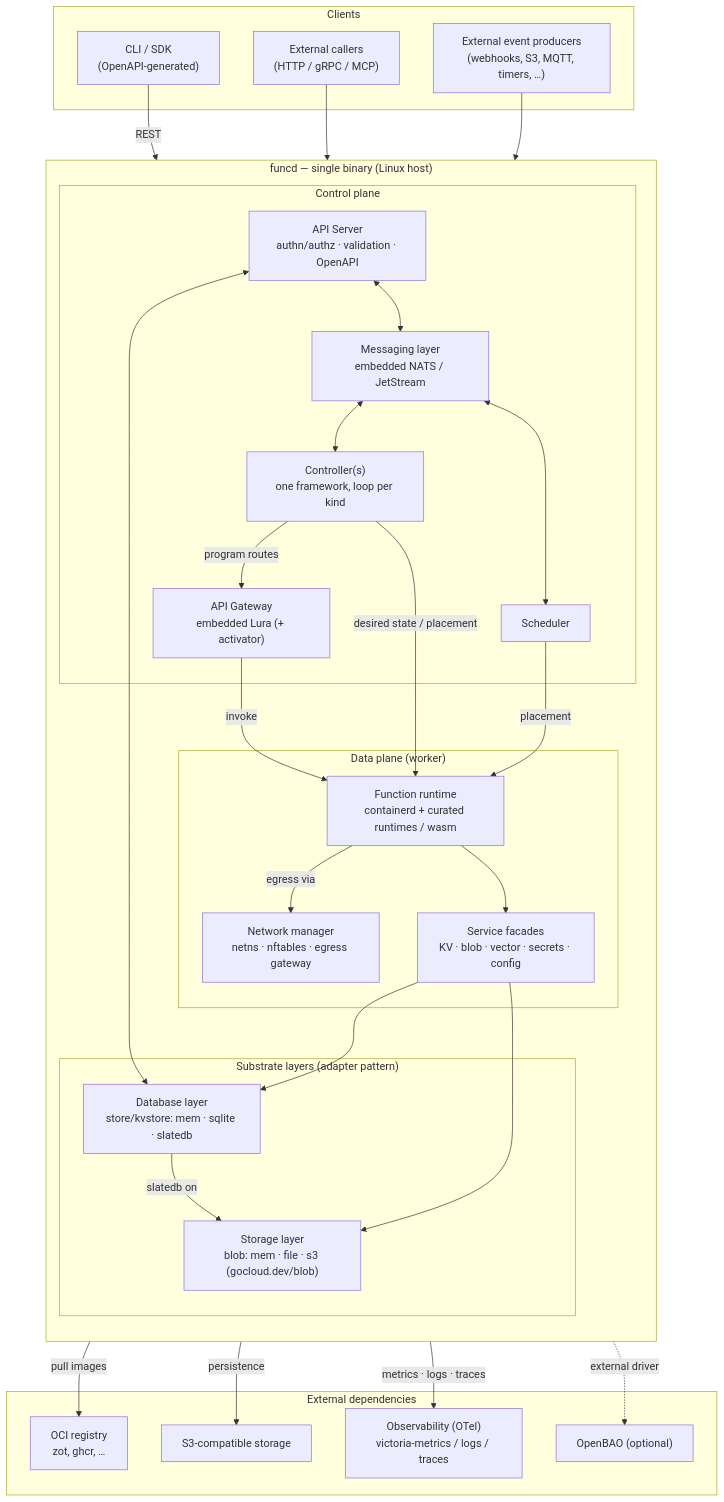
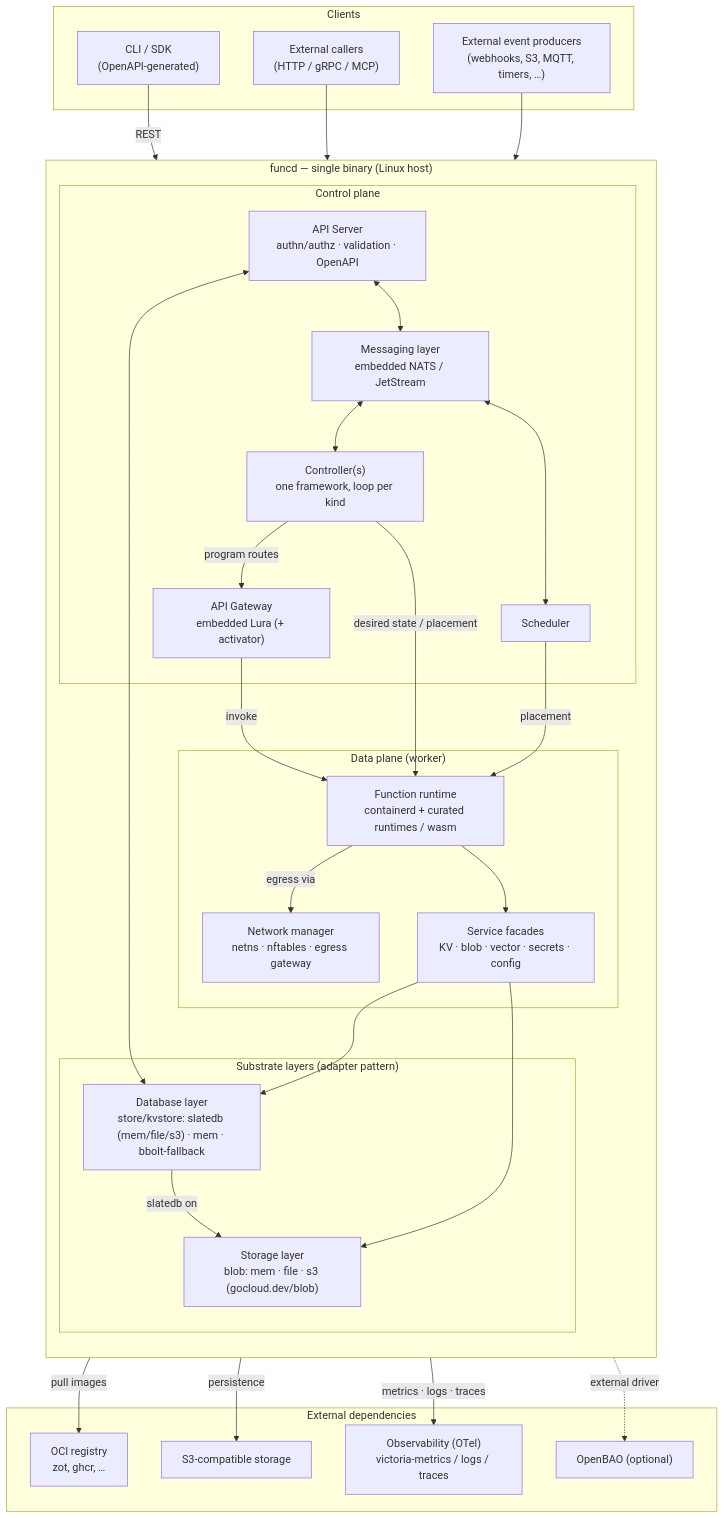
Before and after one commit to pyvvo/funcd: the sixth of 8 diagrams in blueprint.md, drawn with Mermaid. The commit also changed other lines of this file and 3 other files, not shown here.

Commit message:
feat: add ADR-0006 for store/database-layer port with slatedb integration

````diff
--- a/blueprint.md
+++ b/blueprint.md
@@ -512,56 +513,56 @@
 ```mermaid
 flowchart TB
     subgraph Clients["Clients"]
         CLI["CLI / SDK<br/>(OpenAPI-generated)"]
         Callers["External callers<br/>(HTTP / gRPC / MCP)"]
         Producers["External event producers<br/>(webhooks, S3, MQTT, timers, …)"]
     end
 
     subgraph Binary["funcd — single binary (Linux host)"]
         direction TB
         subgraph CP["Control plane"]
             API["API Server<br/>authn/authz · validation · OpenAPI"]
             Ctrl["Controller(s)<br/>one framework, loop per kind"]
             Sched["Scheduler"]
             GW["API Gateway<br/>embedded Lura (+ activator)"]
             Bus["Messaging layer<br/>embedded NATS / JetStream"]
         end
         subgraph DP["Data plane (worker)"]
             NET["Network manager<br/>netns · nftables · egress gateway"]
             RT["Function runtime<br/>containerd + curated runtimes / wasm"]
             SVC["Service facades<br/>KV · blob · vector · secrets · config"]
         end
         subgraph SUB["Substrate layers (adapter pattern)"]
-            DBL["Database layer<br/>store/kvstore: mem · sqlite · slatedb"]
+            DBL["Database layer<br/>store/kvstore: slatedb (mem/file/s3) · mem · bbolt-fallback"]
             STL["Storage layer<br/>blob: mem · file · s3 (gocloud.dev/blob)"]
         end
     end
 
     subgraph Ext["External dependencies"]
         REG["OCI registry<br/>zot, ghcr, …"]
         S3["S3-compatible storage"]
         OBS["Observability (OTel)<br/>victoria-metrics / logs / traces"]
         BAO["OpenBAO (optional)"]
     end
 
     CLI -- REST --> API
     Callers --> GW
     Producers --> GW
     GW -- invoke --> RT
     RT -- "egress via" --> NET
     API <--> DBL
     API <--> Bus
     Bus <--> Ctrl
     Bus <--> Sched
     Ctrl -- "program routes" --> GW
     Ctrl -- "desired state / placement" --> RT
     Sched -- placement --> RT
     RT --> SVC
     SVC --> DBL
     SVC --> STL
     SVC -. "external driver" .-> BAO
     DBL -- "slatedb on" --> STL
     STL -- persistence --> S3
     RT -- "pull images" --> REG
     Binary -- "metrics · logs · traces" --> OBS
 ```
````
